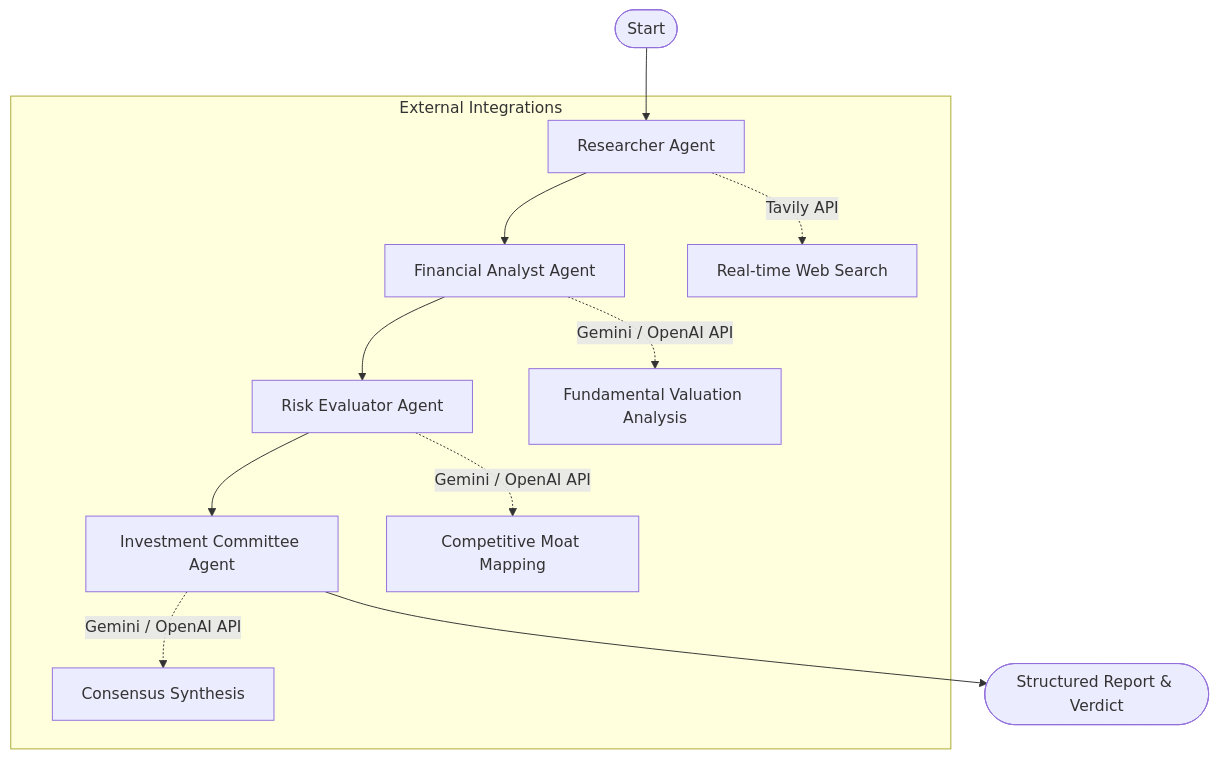
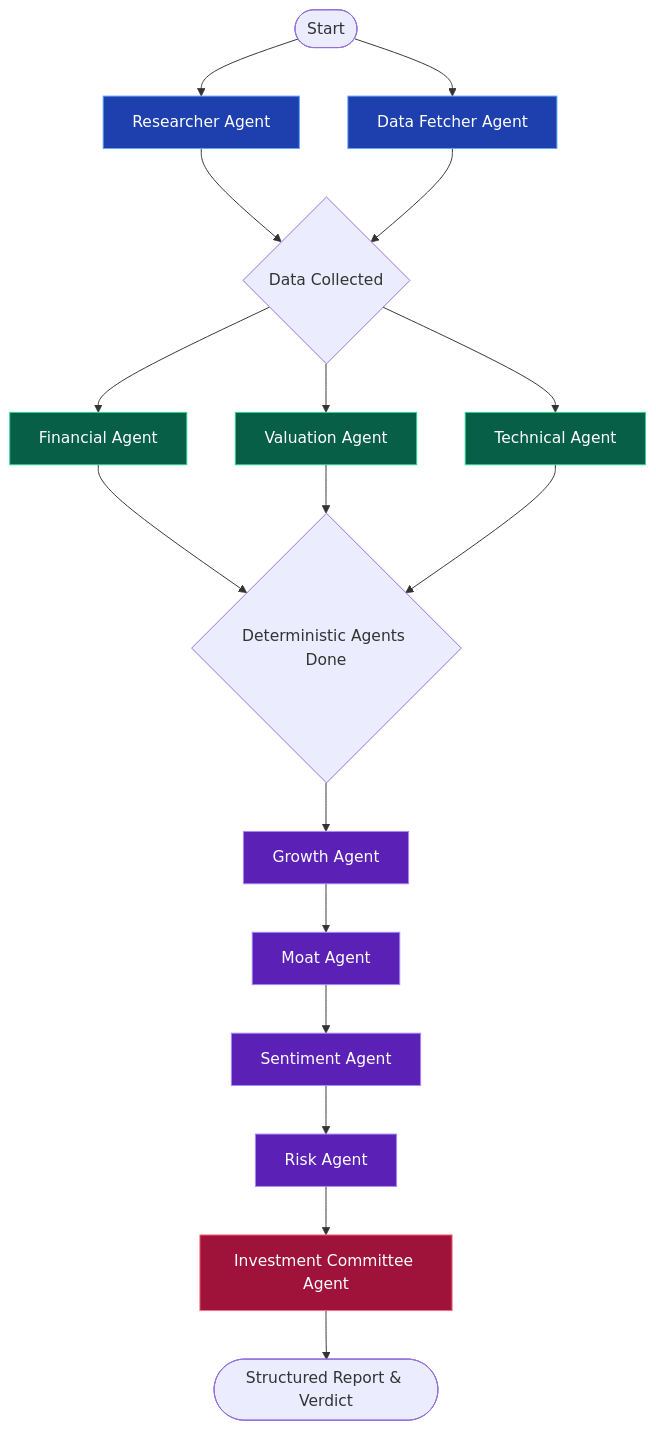
The diagram in README.md (utkarshsxn12/AI-Investment-Research-Agent), drawn with Mermaid before and after one commit. The commit also changed other lines of this file, not shown here.

Commit message:
docs: Update README with 10-agent pipeline, Groq support, and new Mermaid chart

````diff
--- a/README.md
+++ b/README.md
@@ -11,15 +13,34 @@
 ```mermaid
 graph TD
     Start([Start]) --> ResearcherNode[Researcher Agent]
-    ResearcherNode --> AnalystNode[Financial Analyst Agent]
-    AnalystNode --> RiskNode[Risk Evaluator Agent]
+    Start --> DataFetcherNode[Data Fetcher Agent]
+    
+    ResearcherNode --> Sync1{Data Collected}
+    DataFetcherNode --> Sync1
+    
+    Sync1 --> FinNode[Financial Agent]
+    Sync1 --> ValNode[Valuation Agent]
+    Sync1 --> TechNode[Technical Agent]
+    
+    FinNode --> Sync2{Deterministic Agents Done}
+    ValNode --> Sync2
+    TechNode --> Sync2
+    
+    Sync2 --> GrowthNode[Growth Agent]
+    GrowthNode --> MoatNode[Moat Agent]
+    MoatNode --> SentimentNode[Sentiment Agent]
+    SentimentNode --> RiskNode[Risk Agent]
+    
     RiskNode --> CommitteeNode[Investment Committee Agent]
     CommitteeNode --> End([Structured Report & Verdict])
 
-    subgraph "External Integrations"
-        ResearcherNode -.->|Tavily API| Web[Real-time Web Search]
-        AnalystNode -.->|Gemini / OpenAI API| LLM1[Fundamental Valuation Analysis]
-        RiskNode -.->|Gemini / OpenAI API| LLM2[Competitive Moat Mapping]
-        CommitteeNode -.->|Gemini / OpenAI API| LLM3[Consensus Synthesis]
-    end
+    classDef fetcher fill:#1e40af,stroke:#60a5fa,color:#fff;
+    classDef deterministic fill:#065f46,stroke:#34d399,color:#fff;
+    classDef qualitative fill:#5b21b6,stroke:#a78bfa,color:#fff;
+    classDef committee fill:#9f1239,stroke:#fb7185,color:#fff;
+
+    class ResearcherNode,DataFetcherNode fetcher;
+    class FinNode,ValNode,TechNode deterministic;
+    class GrowthNode,MoatNode,SentimentNode,RiskNode qualitative;
+    class CommitteeNode committee;
 ```
````
